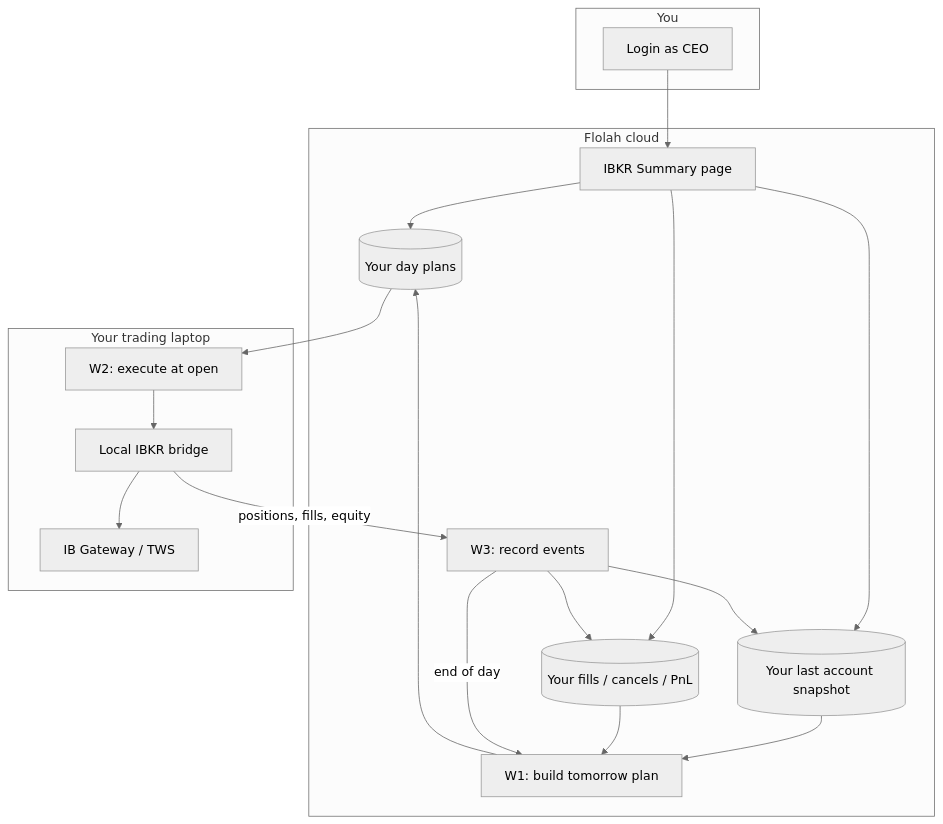
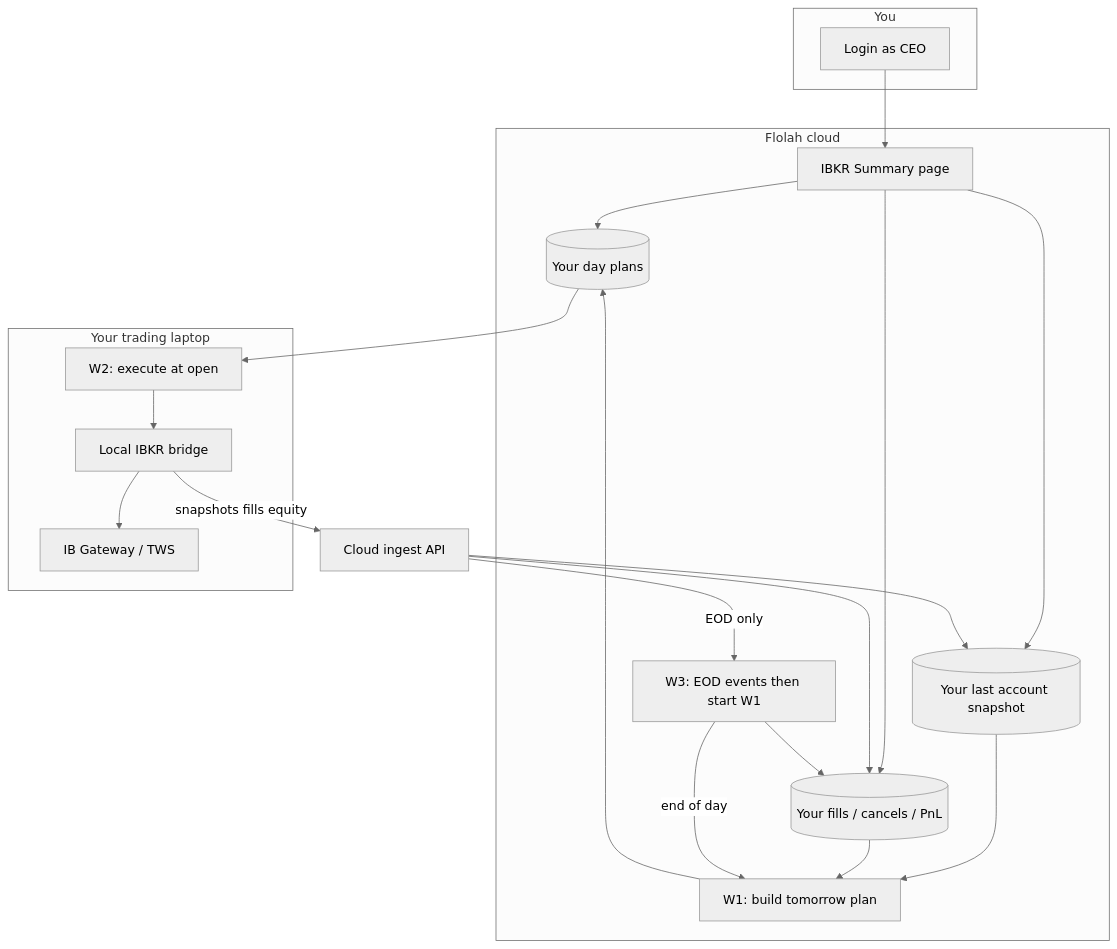
The first of 3 diagrams in knowledgebase/platform-help/20-ibkr-monthly-trading.md (balaji-ranga/agent-os), drawn with Mermaid (neutral theme) before and after one commit. The commit also changed other lines of this file and 20 other files, not shown here.

````diff
--- a/knowledgebase/platform-help/20-ibkr-monthly-trading.md
+++ b/knowledgebase/platform-help/20-ibkr-monthly-trading.md
@@ -31,37 +31,39 @@
 ```mermaid
 flowchart TB
   subgraph you [You]
     CEO[Login as CEO]
   end
 
   subgraph cloud [Flolah cloud]
     W1[W1: build tomorrow plan]
-    W3[W3: record events]
+    W3[W3: EOD events then start W1]
     Plans[(Your day plans)]
     Book[(Your last account snapshot)]
     Learn[(Your fills / cancels / PnL)]
     Summary[IBKR Summary page]
   end
 
   subgraph laptop [Your trading laptop]
     GW[IB Gateway / TWS]
     Bridge[Local IBKR bridge]
     W2[W2: execute at open]
   end
 
   CEO --> Summary
   Summary --> Plans
   Summary --> Book
   Summary --> Learn
 
   W1 --> Plans
   Book --> W1
   Learn --> W1
   Plans --> W2
   W2 --> Bridge
   Bridge --> GW
-  Bridge -->|positions, fills, equity| W3
-  W3 --> Book
+  Bridge -->|snapshots fills equity| Ingest[Cloud ingest API]
+  Ingest --> Book
+  Ingest --> Learn
+  Ingest -->|EOD only| W3
   W3 --> Learn
   W3 -->|end of day| W1
 ```
````
